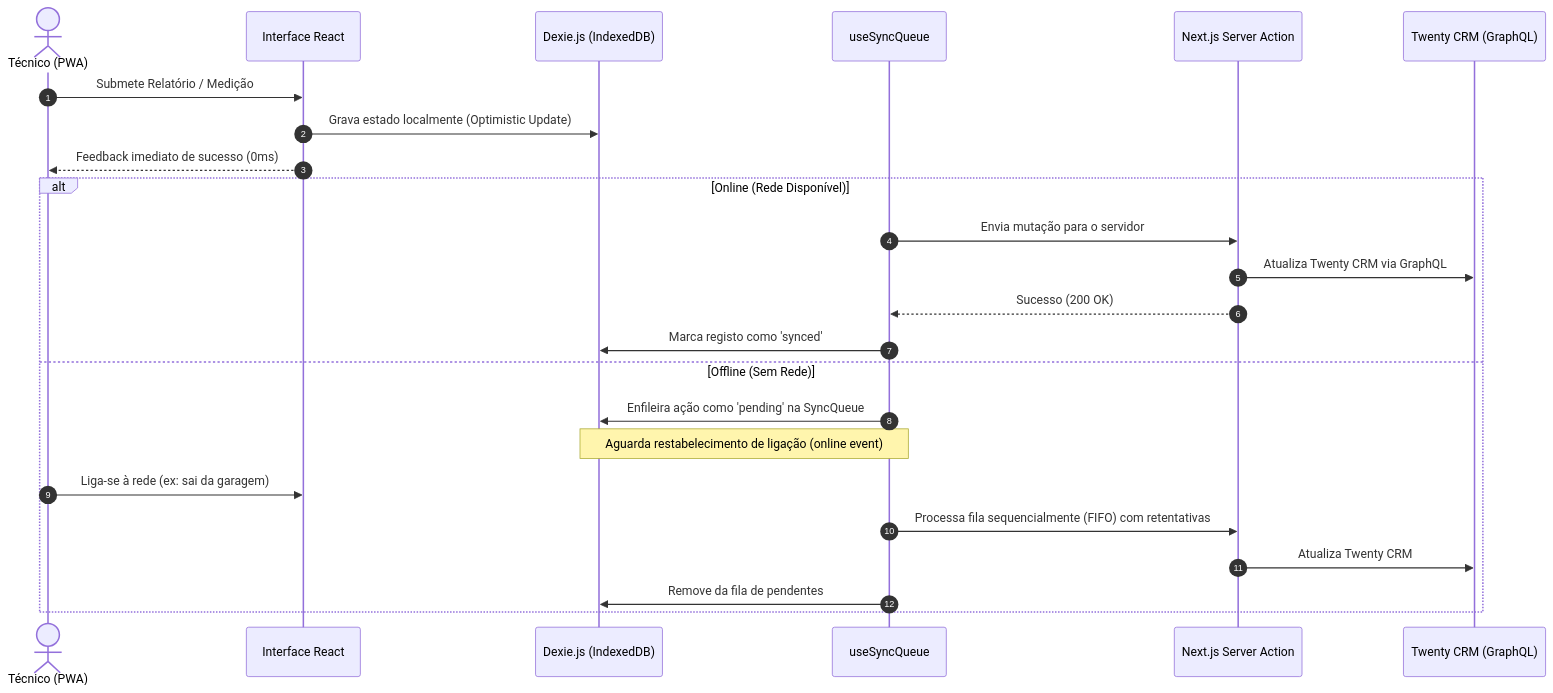
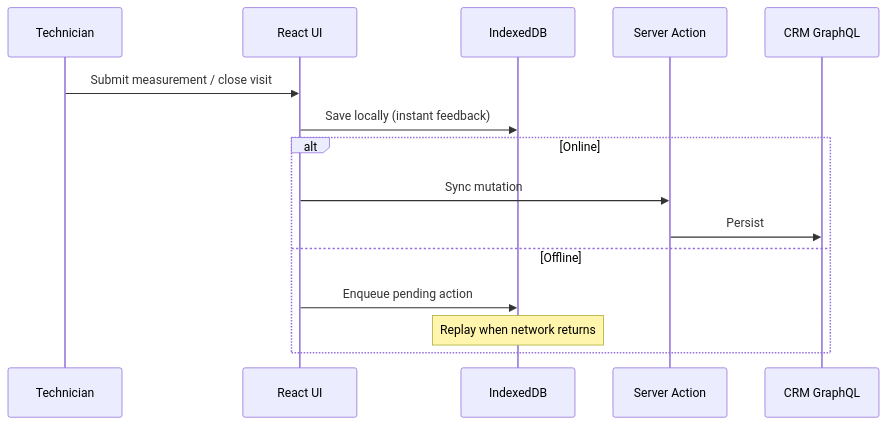
The second of 2 diagrams in README.md (alyekseyenko/services-blinds), drawn with Mermaid before and after one commit. The commit also changed other lines of this file and 2 other files, not shown here.

````diff
--- a/README.md
+++ b/README.md
@@ -176,28 +142,18 @@
 ```mermaid
 sequenceDiagram
-    autonumber
-    actor Tech as Técnico (PWA)
-    participant UI as Interface React
-    participant IDB as Dexie.js (IndexedDB)
-    participant Queue as useSyncQueue
-    participant Server as Next.js Server Action
-    participant CRM as Twenty CRM (GraphQL)
+    participant Tech as Technician
+    participant UI as React UI
+    participant IDB as IndexedDB
+    participant API as Server Action
+    participant CRM as CRM GraphQL
 
-    Tech->>UI: Submete Relatório / Medição
-    UI->>IDB: Grava estado localmente (Optimistic Update)
-    UI-->>Tech: Feedback imediato de sucesso (0ms)
-    
-    alt Online (Rede Disponível)
-        Queue->>Server: Envia mutação para o servidor
-        Server->>CRM: Atualiza Twenty CRM via GraphQL
-        Server-->>Queue: Sucesso (200 OK)
-        Queue->>IDB: Marca registo como 'synced'
-    else Offline (Sem Rede)
-        Queue->>IDB: Enfileira ação como 'pending' na SyncQueue
-        Note over Queue,IDB: Aguarda restabelecimento de ligação (online event)
-        Tech->>UI: Liga-se à rede (ex: sai da garagem)
-        Queue->>Server: Processa fila sequencialmente (FIFO) com retentativas
-        Server->>CRM: Atualiza Twenty CRM
-        Queue->>IDB: Remove da fila de pendentes
+    Tech->>UI: Submit measurement / close visit
+    UI->>IDB: Save locally (instant feedback)
+    alt Online
+        UI->>API: Sync mutation
+        API->>CRM: Persist
+    else Offline
+        UI->>IDB: Enqueue pending action
+        Note over IDB: Replay when network returns
     end
 ```
````
